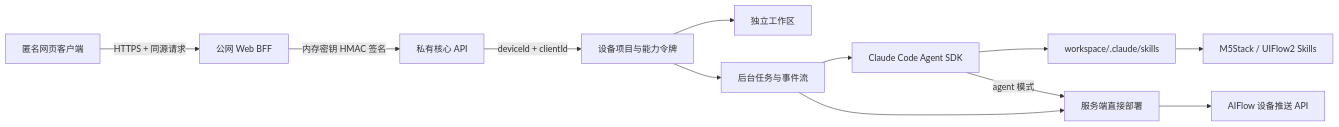
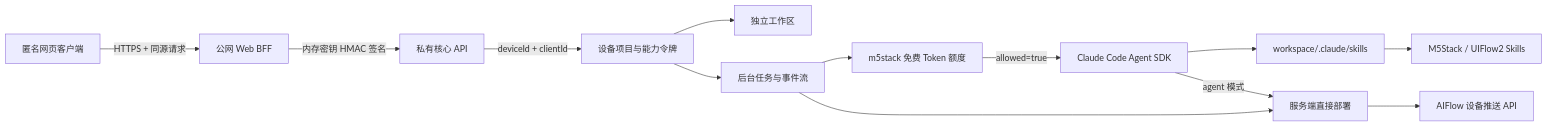
Before and after one commit to yuyun2000/aiflow-sdk: the diagram in README.md, drawn with Mermaid. The commit also changed other lines of this file and 21 other files, not shown here.

````diff
--- a/README.md
+++ b/README.md
@@ -7,14 +7,15 @@
 ```mermaid
 flowchart LR
     W["匿名网页客户端"] -->|"HTTPS + 同源请求"| G["公网 Web BFF"]
     G -->|"内存密钥 HMAC 签名"| C["私有核心 API"]
     C -->|"deviceId + clientId"| P0["设备项目与能力令牌"]
     P0 --> P["独立工作区"]
     P0 --> T["后台任务与事件流"]
-    T --> A["Claude Code Agent SDK"]
+    T --> Q["m5stack 免费 Token 额度"]
+    Q -->|"allowed=true"| A["Claude Code Agent SDK"]
     A --> S["workspace/.claude/skills"]
     S --> M["M5Stack / UIFlow2 Skills"]
     T --> D["服务端直接部署"]
     A -->|"agent 模式"| D
     D --> F["AIFlow 设备推送 API"]
 ```
````
